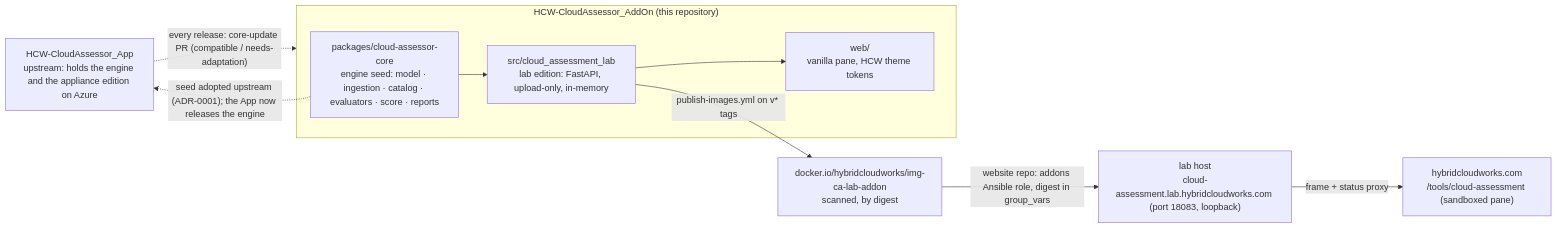
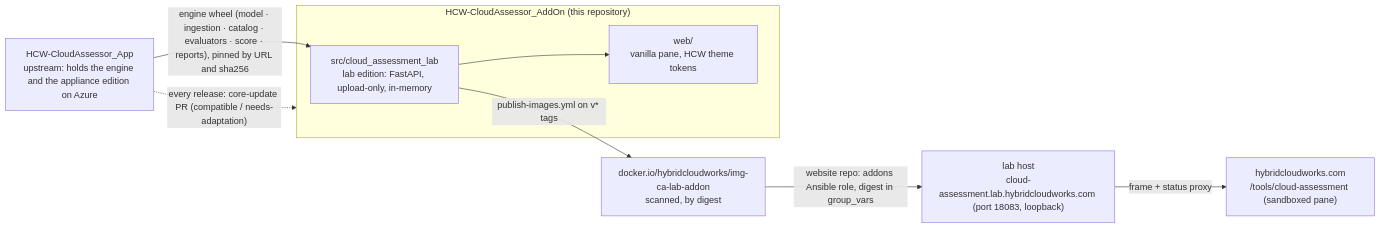
Before and after one commit to saulpatinojr/HCW-CloudAssessor_AddOn: the diagram in README.md, drawn with Mermaid. The commit also changed other lines of this file and 11 other files, not shown here.

First line of the commit message:
ci: coverage on src only; docs stop describing the deleted engine seed (#86)

````diff
--- a/README.md
+++ b/README.md
@@ -30,18 +30,17 @@
 ```mermaid
 flowchart LR
   App["HCW-CloudAssessor_App<br/>upstream: holds the engine and the appliance edition on Azure"]
   subgraph AddOn["HCW-CloudAssessor_AddOn (this repository)"]
-    Core["packages/cloud-assessor-core<br/>engine seed: model · ingestion · catalog · evaluators · score · reports"]
     Lab["src/cloud_assessment_lab<br/>lab edition: FastAPI, upload-only, in-memory"]
     Pane["web/<br/>vanilla pane, HCW theme tokens"]
-    Core --> Lab --> Pane
+    Lab --> Pane
   end
   Image["docker.io/hybridcloudworks/img-ca-lab-addon<br/>scanned, by digest"]
   Host["lab host<br/>cloud-assessment.lab.hybridcloudworks.com (port 18083, loopback)"]
   Site["hybridcloudworks.com<br/>/tools/cloud-assessment (sandboxed pane)"]
   Lab -- "publish-images.yml on v* tags" --> Image
   Image -- "website repo: addons Ansible role, digest in group_vars" --> Host
   Host -- "frame + status proxy" --> Site
-  Core -. "seed adopted upstream (ADR-0001); the App now releases the engine" .-> App
+  App -- "engine wheel (model · ingestion · catalog · evaluators · score · reports), pinned by URL and sha256" --> Lab
   App -. "every release: core-update PR (compatible / needs-adaptation)" .-> AddOn
 ```
````
